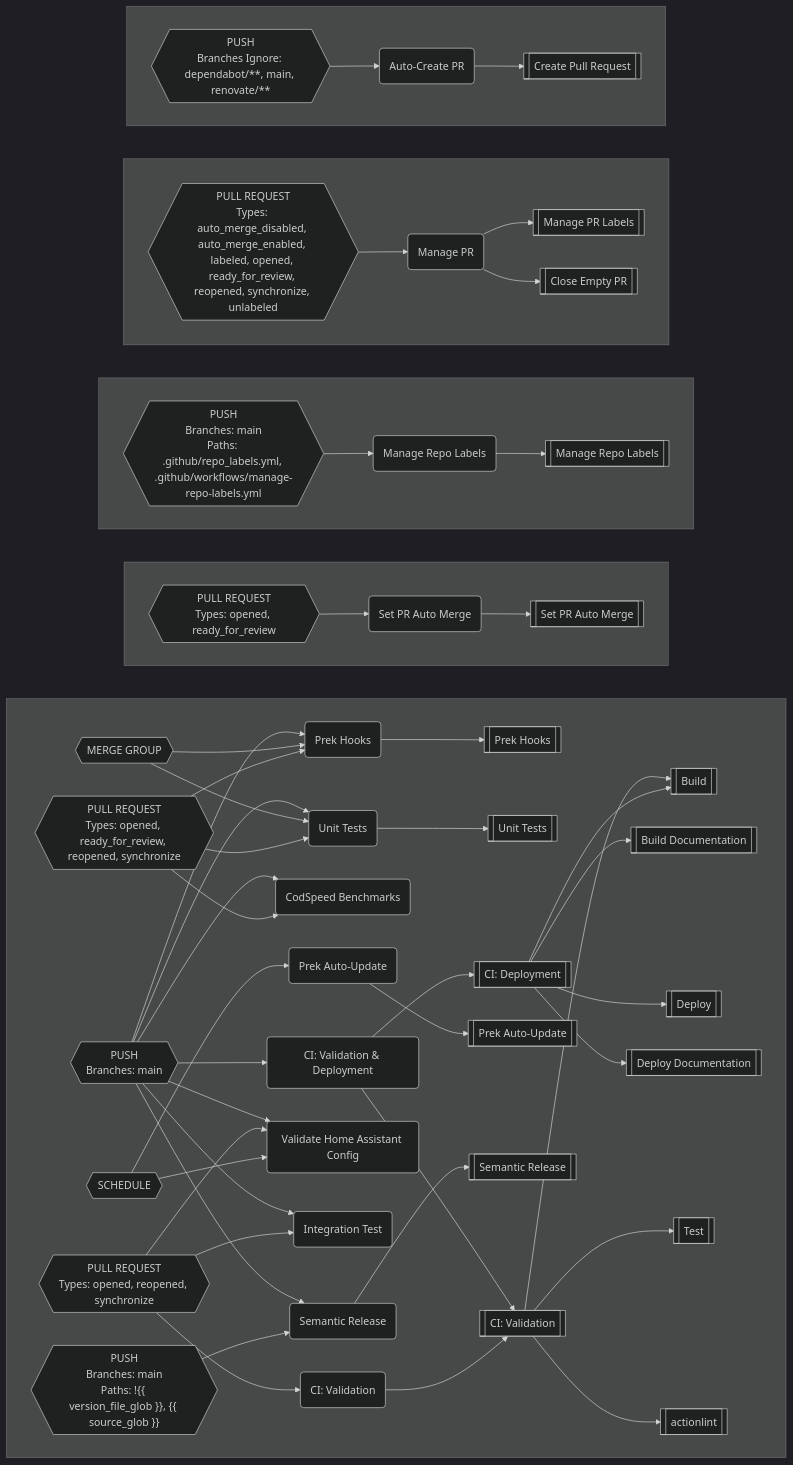
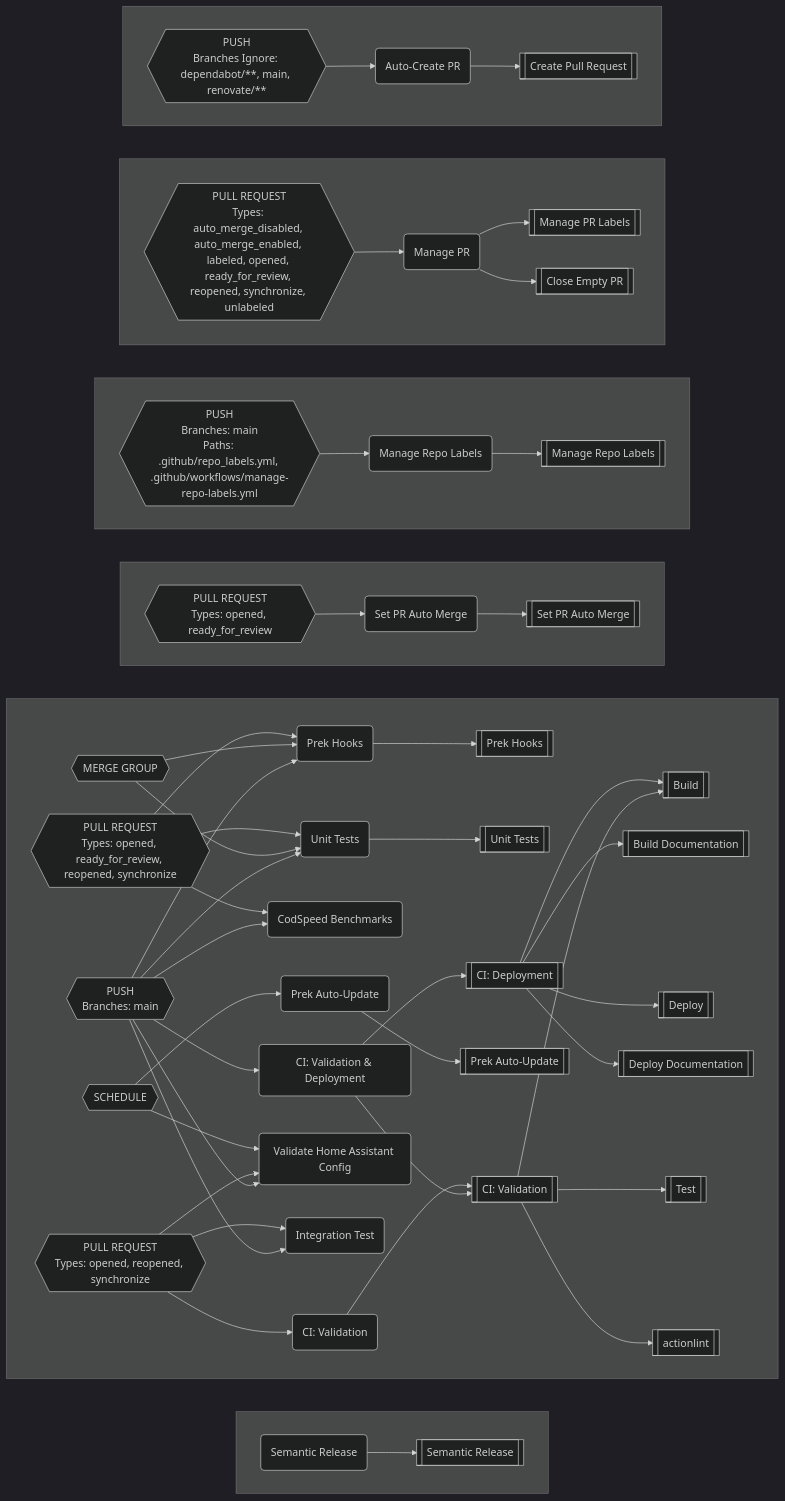
One commit to worganisation/github-config-files changed the diagram in README.md. Above: the diagram before and after it, drawn with Mermaid (dark theme). The commit also changed other lines of this file and 8 other files, not shown here.

````diff
--- a/README.md
+++ b/README.md
@@ -347,32 +350,33 @@
 ```mermaid
 flowchart LR
-subgraph EJ[" "]
+subgraph EH[" "]
 direction LR
-DN-->EC
-DN-->DR
-DN-->DM
-DR-->BC
-DS-->EC
-DS-->DR
-EC-->BO
-DI-->V
+CM-->BF
+end
+subgraph EI[" "]
+direction LR
+DM-->EA
+DM-->DQ
+DM-->DL
+DQ-->BC
+DR-->EA
+DR-->DQ
+EA-->BO
+DH-->V
 CE-->AZ
-CF-->CR
+CF-->CQ
 CF-->CE
-DK-->DI
-DK-->CZ
-DK-->CR
-DY-->CM
-CM-->BF
-DF-->EC
-DF-->DR
-DF-->DM
-DF-->DE
-DF-->CZ
-DF-->CR
-DF-->CM
-DE-->V
-DE-->M
+DJ-->DH
+DJ-->CY
+DJ-->CQ
+DE-->EA
+DE-->DQ
+DE-->DL
+DE-->DD
+DE-->CY
+DE-->CQ
+DD-->V
+DD-->M
 M-->I
 M-->E
 M-->AN
@@ -381,23 +385,23 @@
 V-->BL
 V-->A
 end
-subgraph EK[" "]
+subgraph EJ[" "]
 direction LR
 CJ-->CI
 CI-->BI
 end
-subgraph EL[" "]
+subgraph EK[" "]
 direction LR
 CB-->CA
 CA-->AW
 end
-subgraph EM[" "]
+subgraph EL[" "]
 direction LR
 BW-->BV
 BV-->AT
 BV-->AB
 end
-subgraph EN[" "]
+subgraph EM[" "]
 direction LR
 BS-->BR
 BR-->AF
@@ -435,27 +439,23 @@
 Types: opened, ready_for_review
 "}}
 CM("Semantic Release")
-CR("Validate Home Assistant Config")
-CZ("Integration Test")
-DE("CI: Validation & Deployment")
-DF{{"PUSH
+CQ("Validate Home Assistant Config")
+CY("Integration Test")
+DD("CI: Validation & Deployment")
+DE{{"PUSH
 Branches: main
 "}}
-DI("CI: Validation")
-DK{{"PULL REQUEST
+DH("CI: Validation")
+DJ{{"PULL REQUEST
 Types: opened, reopened, synchronize
 "}}
-DM("CodSpeed Benchmarks")
-DN{{"PULL REQUEST
+DL("CodSpeed Benchmarks")
+DM{{"PULL REQUEST
 Types: opened, ready_for_review, reopened, synchronize
 "}}
-DR("Prek Hooks")
-DS{{"MERGE GROUP"}}
-DY{{"PUSH
-Branches: main
-Paths: !{{ version_file_glob }}, {{ source_glob }}
-"}}
-EC("Unit Tests")
+DQ("Prek Hooks")
+DR{{"MERGE GROUP"}}
+EA("Unit Tests")
 E[["Build Documentation"]]
 I[["Build"]]
 M[["CI: Deployment"]]
````
